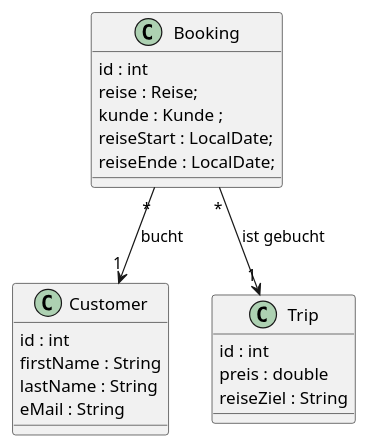
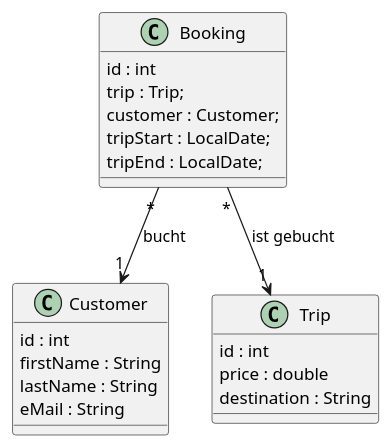
Before and after one commit to 2122-5ahitm-sew/01-microproject-MandelRosalieJanina: the diagram in asciidocs/plantuml/cld.puml, drawn with PlantUML. The commit also changed 2 other files, not shown here.

```diff
--- a/asciidocs/plantuml/cld.puml
+++ b/asciidocs/plantuml/cld.puml
@@ -1,29 +1,29 @@
 @startuml
 
 
 class Customer {
   id : int
   firstName : String
   lastName : String
   eMail : String
 }
 
 class Booking {
     id : int
-    reise : Reise;
-    kunde : Kunde ;
-    reiseStart : LocalDate;
-    reiseEnde : LocalDate;
+    trip : Trip;
+    customer : Customer;
+    tripStart : LocalDate;
+    tripEnd : LocalDate;
 }
 
 class Trip {
   id : int
-  preis : double
-  reiseZiel : String
+  price : double
+  destination : String
 }
 
 Booking "*" --> "1" Trip: ist gebucht
 Booking "*" --> "1" Customer: bucht
 
 
 @enduml
```
